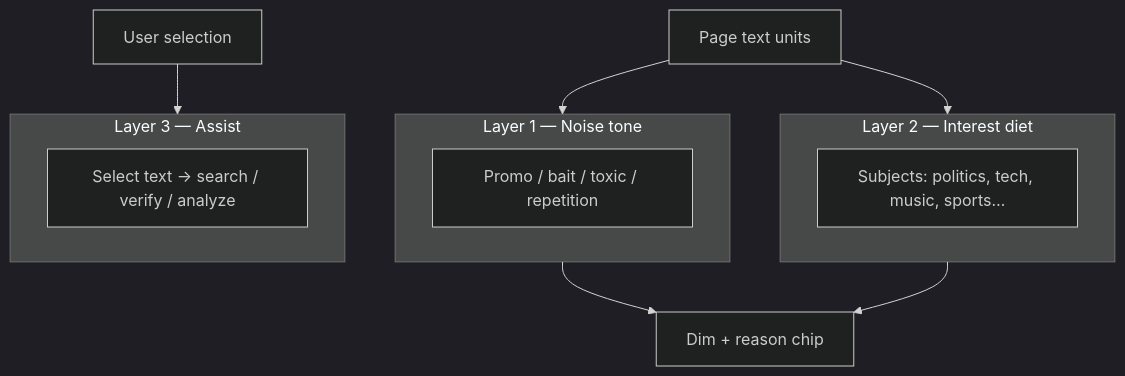
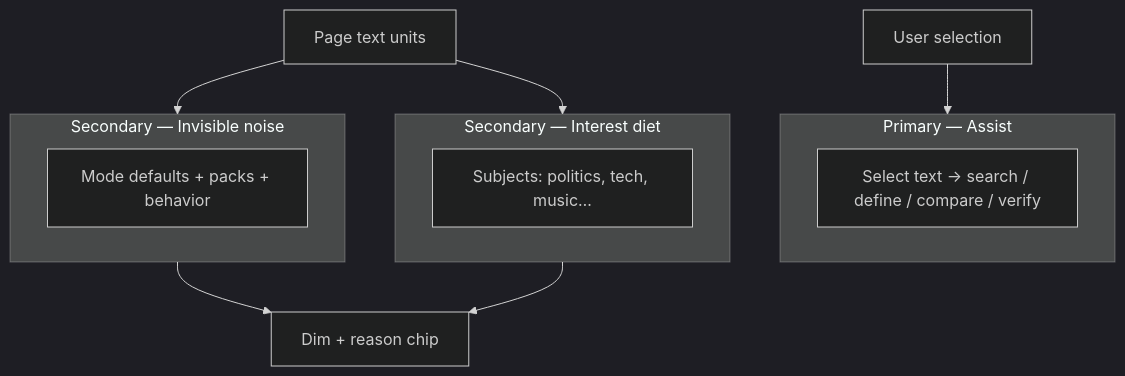
One commit to Dendro-X0/Detox changed the diagram in docs/planning/purposeful-browsing-roadmap.md. Above: the diagram before and after it, drawn with Mermaid (dark theme). The commit also changed other lines of this file and 41 other files, not shown here.

First line of the commit message:
Ship Assist-first pivot with invisible noise and hardened Verify.

````diff
--- a/docs/planning/purposeful-browsing-roadmap.md
+++ b/docs/planning/purposeful-browsing-roadmap.md
@@ -34,17 +34,17 @@
 ```mermaid
 flowchart TB
-  subgraph layer1 [Layer 1 — Noise tone]
-    N[Promo / bait / toxic / repetition]
+  subgraph layerAssist [Primary — Assist]
+    A[Select text → search / define / compare / verify]
   end
-  subgraph layer2 [Layer 2 — Interest diet]
-    I[Subjects: politics, tech, music, sports…]
+  subgraph layerNoise [Secondary — Invisible noise]
+    N[Mode defaults + packs + behavior]
   end
-  subgraph layer3 [Layer 3 — Assist]
-    A[Select text → search / verify / analyze]
+  subgraph layerInterest [Secondary — Interest diet]
+    I[Subjects: politics, tech, music…]
   end
-  Page[Page text units] --> layer1
-  Page --> layer2
-  Select[User selection] --> layer3
-  layer1 --> Enforce[Dim + reason chip]
-  layer2 --> Enforce
+  Select[User selection] --> layerAssist
+  Page[Page text units] --> layerNoise
+  Page --> layerInterest
+  layerNoise --> Enforce[Dim + reason chip]
+  layerInterest --> Enforce
 ```
````
